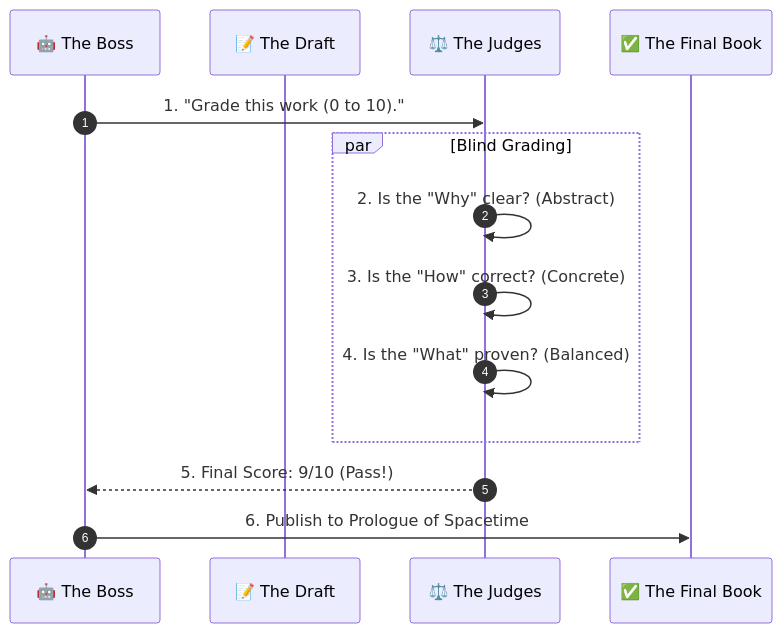
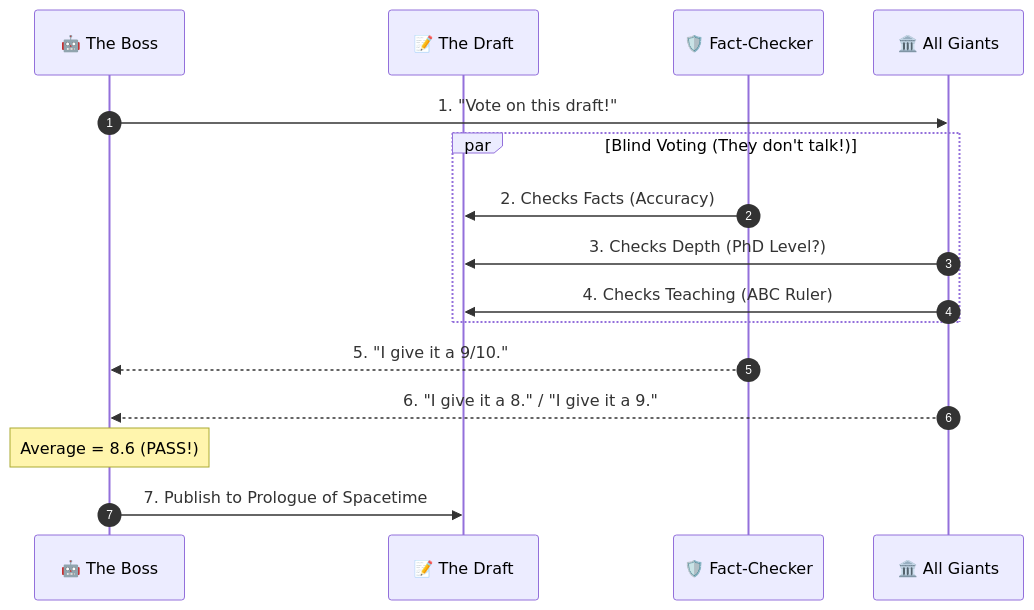
Before and after one commit to xlp0/PrologueOfSpacetime: the third of 3 diagrams in docs/workflows/README.md, drawn with Mermaid. The commit also changed other lines of this file, not shown here.

Commit message:
Docs: Update Mermaid Diagrams to Show Agent Dialogue

````diff
--- a/docs/workflows/README.md
+++ b/docs/workflows/README.md
@@ -106,20 +109,23 @@
 ```mermaid
 sequenceDiagram
     autonumber
     participant Boss as 🤖 The Boss
     participant Draft as 📝 The Draft
-    participant Judges as ⚖️ The Judges
-    participant Book as ✅ The Final Book
+    participant Checker as 🛡️ Fact-Checker
+    participant All as 🏛️ All Giants
 
-    Boss->>Judges: 1. "Grade this work (0 to 10)."
+    Boss->>All: 1. "Vote on this draft!"
     
-    par Blind Grading
-        Judges->>Judges: 2. Is the "Why" clear? (Abstract)
-        Judges->>Judges: 3. Is the "How" correct? (Concrete)
-        Judges->>Judges: 4. Is the "What" proven? (Balanced)
+    par Blind Voting (They don't talk!)
+        Checker->>Draft: 2. Checks Facts (Accuracy)
+        All->>Draft: 3. Checks Depth (PhD Level?)
+        All->>Draft: 4. Checks Teaching (ABC Ruler)
     end
     
-    Judges-->>Boss: 5. Final Score: 9/10 (Pass!)
+    Checker-->>Boss: 5. "I give it a 9/10."
+    All-->>Boss: 6. "I give it a 8." / "I give it a 9."
     
-    Boss->>Book: 6. Publish to Prologue of Spacetime
+    Note over Boss: Average = 8.6 (PASS!)
+    
+    Boss->>Draft: 7. Publish to Prologue of Spacetime
 ```
````
